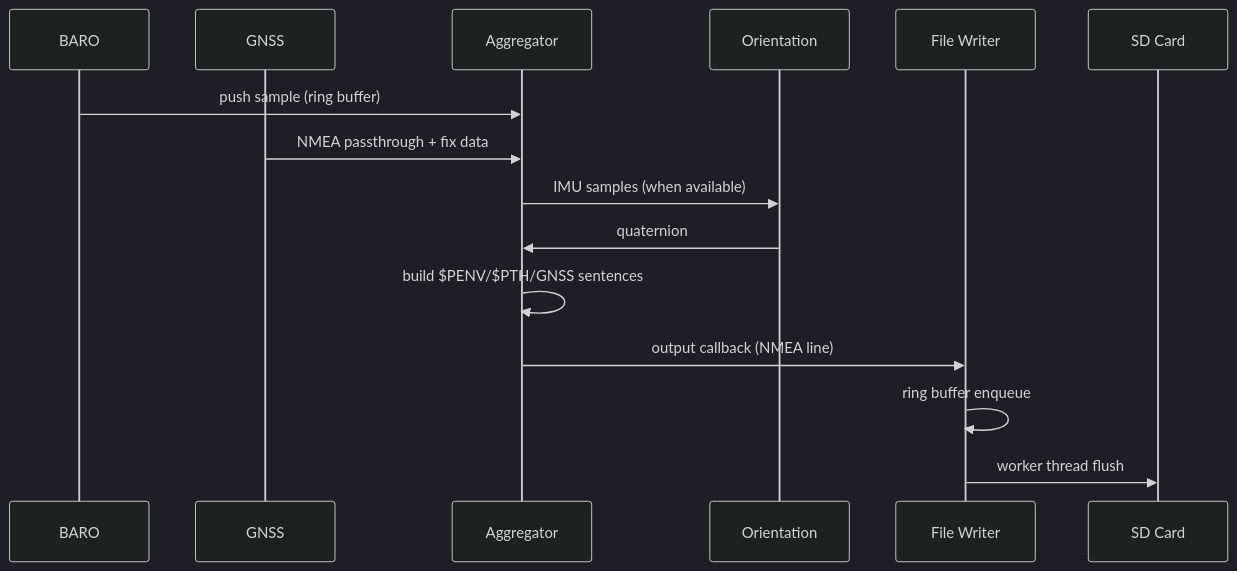
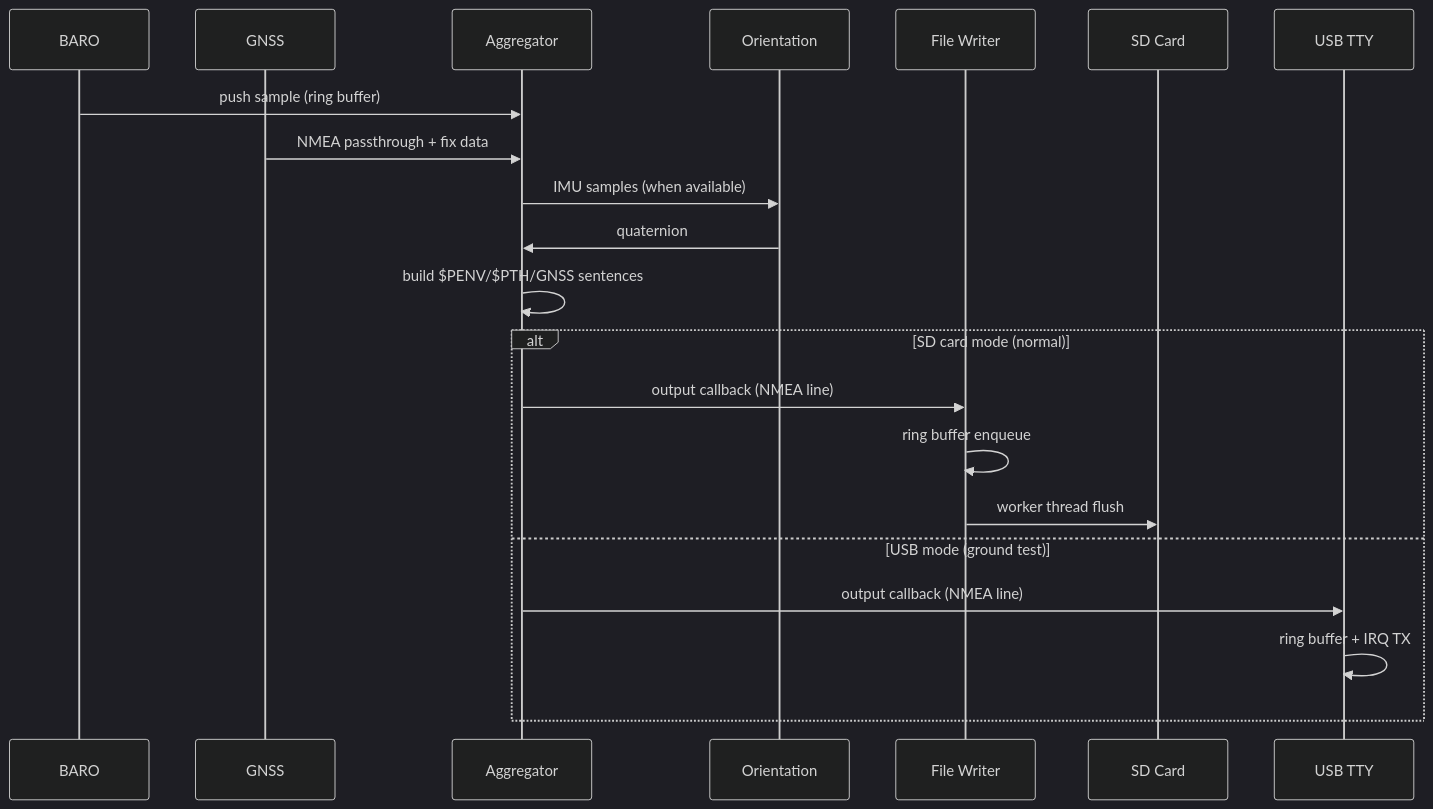
One commit to rrainey/tempo-bt changed the second of 3 diagrams in zephyr/tempo-bt-v1/docs/mvp-architecture.md. Above: the diagram before and after it, drawn with Mermaid (dark theme). The commit also changed other lines of this file, not shown here.

Commit message:
Updated implementation/architecture.

````diff
--- a/zephyr/tempo-bt-v1/docs/mvp-architecture.md
+++ b/zephyr/tempo-bt-v1/docs/mvp-architecture.md
@@ -340,19 +373,25 @@
 ```mermaid
 sequenceDiagram
   participant BARO
   participant GNSS
   participant AGG as Aggregator
   participant Orient as Orientation
   participant WR as File Writer
   participant SD as SD Card
+  participant USB as USB TTY
 
   BARO->>AGG: push sample (ring buffer)
   GNSS->>AGG: NMEA passthrough + fix data
   AGG->>Orient: IMU samples (when available)
   Orient->>AGG: quaternion
 
   AGG->>AGG: build $PENV/$PTH/GNSS sentences
-  AGG->>WR: output callback (NMEA line)
-  WR->>WR: ring buffer enqueue
-  WR->>SD: worker thread flush
+  alt SD card mode (normal)
+    AGG->>WR: output callback (NMEA line)
+    WR->>WR: ring buffer enqueue
+    WR->>SD: worker thread flush
+  else USB mode (ground test)
+    AGG->>USB: output callback (NMEA line)
+    USB->>USB: ring buffer + IRQ TX
+  end
 ```
````
